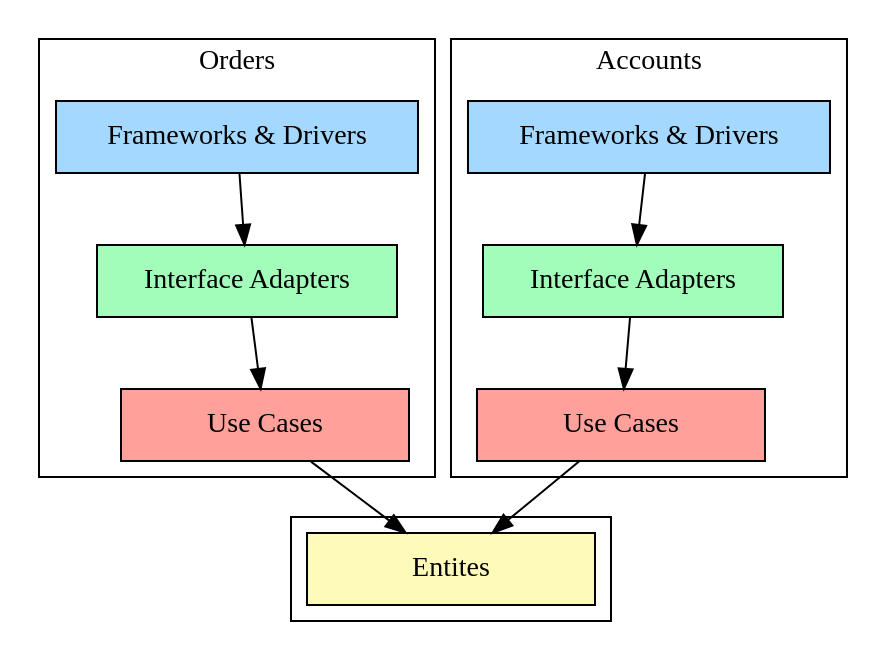
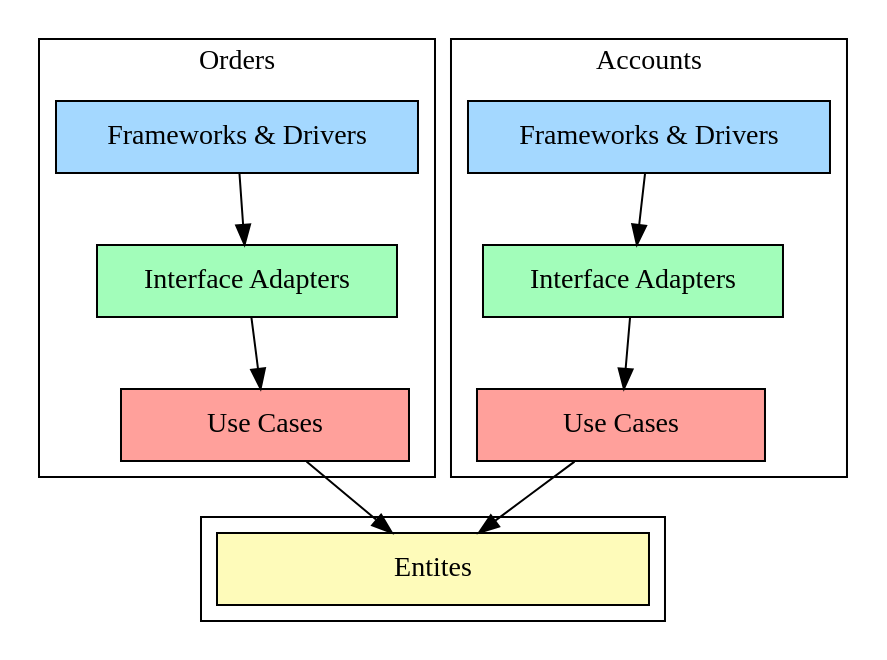
Before and after one commit to sergio-fry/slides: the second of 2 diagrams in modular-app/modular-app.md, drawn with PlantUML. The commit also changed other lines of this file, not shown here.

```diff
--- a/modular-app/modular-app.md
+++ b/modular-app/modular-app.md
@@ -41,35 +60,35 @@
 @startuml
 skinparam dpi 200
 
 digraph G {
   node [shape="box" style="filled" width="2"]
 
   subgraph cluster3 {
-    entities [label="Entites" fillcolor="#FEFBBA"];
+    entities [label="Entites" fillcolor="#FEFBBA" width="3"];
   }
 
   subgraph cluster1 {
     label = "Orders";
 
     use_cases [label="Use Cases" fillcolor="#FFA09B"]
     interface_adapters [label="Interface Adapters" fillcolor="#A2FDBA"]
     framework_drivers [label="Frameworks & Drivers" fillcolor="#A4D8FF"]
 
     framework_drivers -> interface_adapters;
 		interface_adapters -> use_cases;
     use_cases -> entities;
 	}
 
   subgraph cluster2 {
     label = "Accounts";
 
     use_cases2 [label="Use Cases" fillcolor="#FFA09B"]
     interface_adapters2 [label="Interface Adapters" fillcolor="#A2FDBA"]
     framework_drivers2 [label="Frameworks & Drivers" fillcolor="#A4D8FF"]
 
     framework_drivers2 -> interface_adapters2;
 		interface_adapters2 -> use_cases2;
     use_cases2 -> entities;
 	}
 } 
 @enduml
```
